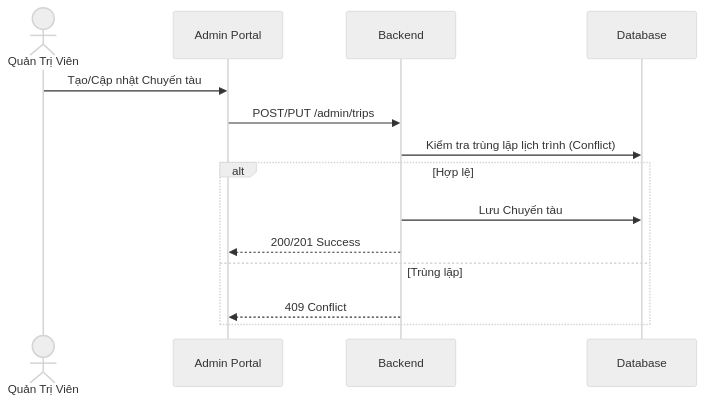
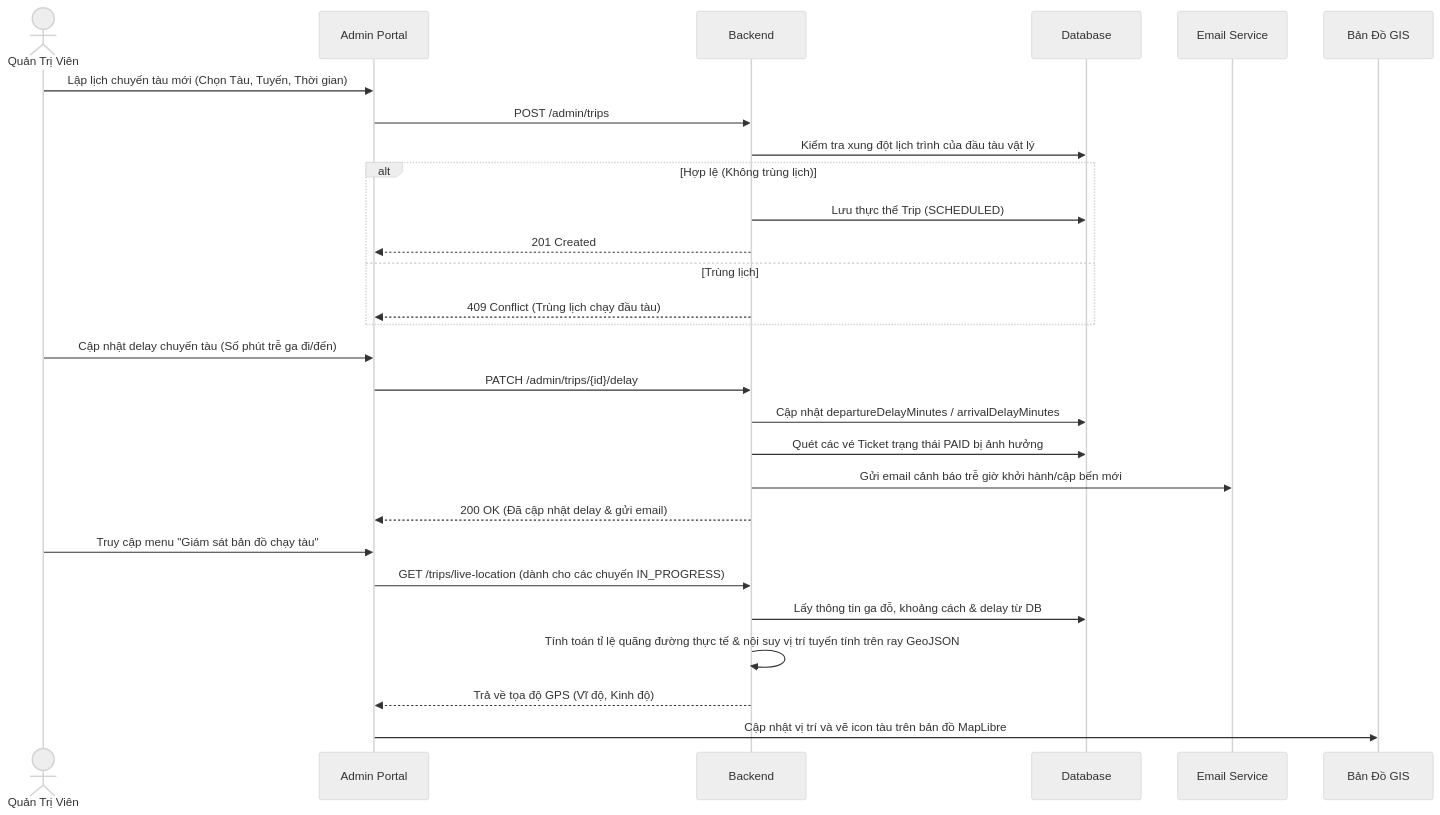
Diagram 15 of 21 in diagrams/sequences/sequence-diagrams.md (letungduong24/train-booking), drawn with Mermaid (neutral theme) before and after one commit. The commit also changed other lines of this file and 69 other files, not shown here.

````diff
--- a/diagrams/sequences/sequence-diagrams.md
+++ b/diagrams/sequences/sequence-diagrams.md
@@ -295,17 +382,36 @@
 ```mermaid
 sequenceDiagram
     actor Admin as Quản Trị Viên
     participant FE as Admin Portal
     participant API as Backend
     participant DB as Database
+    participant Email as Email Service
+    participant Map as Bản Đồ GIS
     
-    Admin->>FE: Tạo/Cập nhật Chuyến tàu
-    FE->>API: POST/PUT /admin/trips
-    API->>DB: Kiểm tra trùng lặp lịch trình (Conflict)
-    alt Hợp lệ
-        API->>DB: Lưu Chuyến tàu
-        API-->>FE: 200/201 Success
-    else Trùng lặp
-        API-->>FE: 409 Conflict
+    %% Lập lịch chuyến tàu
+    Admin->>FE: Lập lịch chuyến tàu mới (Chọn Tàu, Tuyến, Thời gian)
+    FE->>API: POST /admin/trips
+    API->>DB: Kiểm tra xung đột lịch trình của đầu tàu vật lý
+    alt Hợp lệ (Không trùng lịch)
+        API->>DB: Lưu thực thể Trip (SCHEDULED)
+        API-->>FE: 201 Created
+    else Trùng lịch
+        API-->>FE: 409 Conflict (Trùng lịch chạy đầu tàu)
     end
+    
+    %% Cập nhật delay chuyến tàu
+    Admin->>FE: Cập nhật delay chuyến tàu (Số phút trễ ga đi/đến)
+    FE->>API: PATCH /admin/trips/{id}/delay
+    API->>DB: Cập nhật departureDelayMinutes / arrivalDelayMinutes
+    API->>DB: Quét các vé Ticket trạng thái PAID bị ảnh hưởng
+    API->>Email: Gửi email cảnh báo trễ giờ khởi hành/cập bến mới
+    API-->>FE: 200 OK (Đã cập nhật delay & gửi email)
+    
+    %% Giám sát GPS thời gian thực
+    Admin->>FE: Truy cập menu "Giám sát bản đồ chạy tàu"
+    FE->>API: GET /trips/live-location (dành cho các chuyến IN_PROGRESS)
+    API->>DB: Lấy thông tin ga đỗ, khoảng cách & delay từ DB
+    API->>API: Tính toán tỉ lệ quãng đường thực tế & nội suy vị trí tuyến tính trên ray GeoJSON
+    API-->>FE: Trả về tọa độ GPS (Vĩ độ, Kinh độ)
+    FE->>Map: Cập nhật vị trí và vẽ icon tàu trên bản đồ MapLibre
 ```
````
